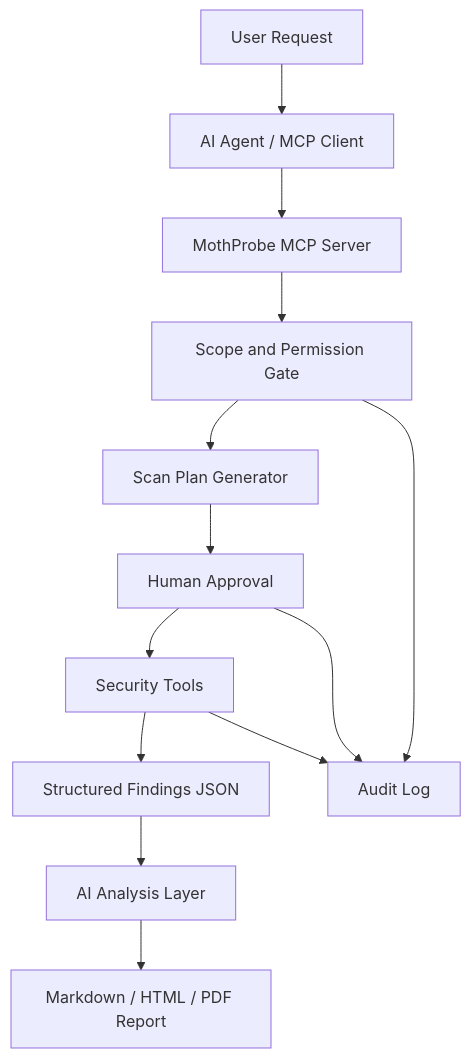
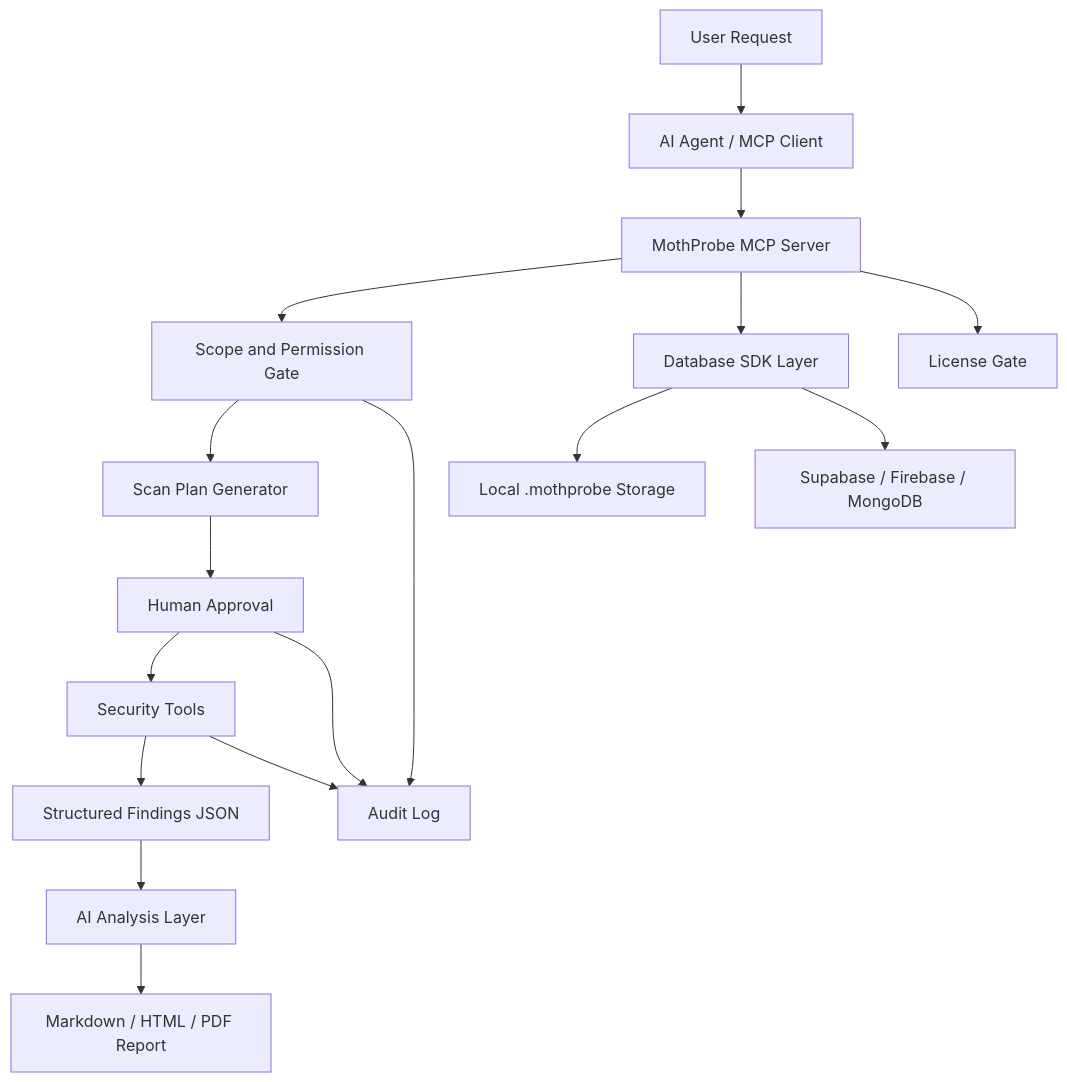
Before and after one commit to mothstein/mothprobe: the diagram in README.md, drawn with Mermaid. The commit also changed other lines of this file and 105 other files, not shown here.

````diff
--- a/README.md
+++ b/README.md
@@ -67,18 +75,23 @@
 ```mermaid
 graph TD
     User[User Request] --> Client[AI Agent / MCP Client]
     Client --> MCP[MothProbe MCP Server]
 
     MCP --> Scope[Scope and Permission Gate]
     Scope --> Plan[Scan Plan Generator]
     Plan --> Approval[Human Approval]
 
     Approval --> Tools[Security Tools]
     Tools --> Findings[Structured Findings JSON]
     Findings --> Analyzer[AI Analysis Layer]
     Analyzer --> Report[Markdown / HTML / PDF Report]
 
     Tools --> Audit[Audit Log]
     Scope --> Audit
     Approval --> Audit
+
+    MCP --> Data[Database SDK Layer]
+    Data --> Local[Local .mothprobe Storage]
+    Data --> Cloud[Supabase / Firebase / MongoDB]
+    MCP --> License[License Gate]
 ```
````
